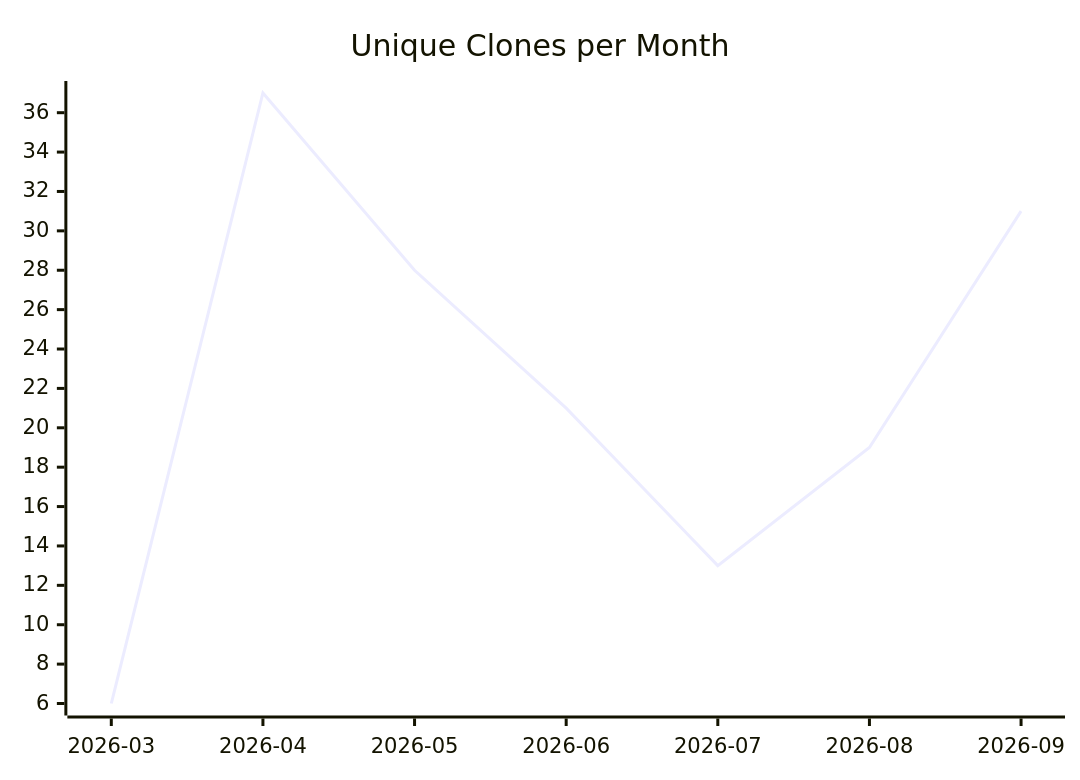
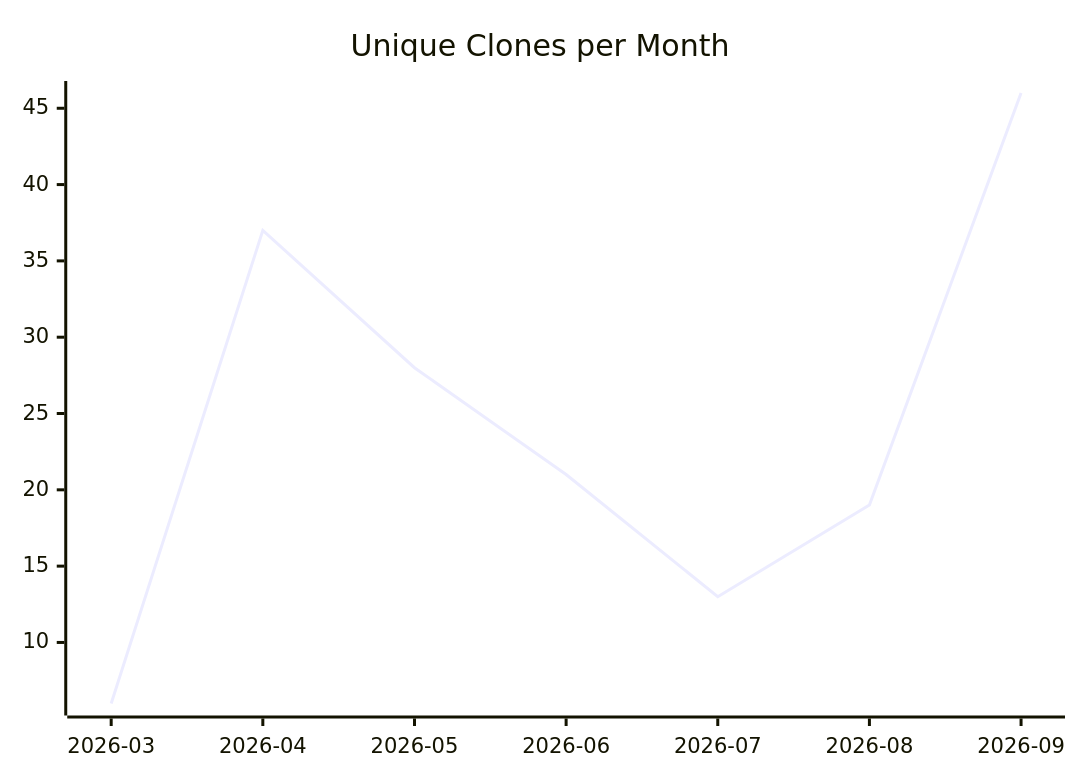
The third of 3 diagrams in karlmdavis/ansible-role-jenkins2/README.md (justdavis-family/github-analytics-data), drawn with Mermaid before and after one commit. The commit also changed other lines of this file and 196 other files, not shown here.

````diff
--- a/karlmdavis/ansible-role-jenkins2/README.md
+++ b/karlmdavis/ansible-role-jenkins2/README.md
@@ -19,6 +19,6 @@
 ```mermaid
 xychart-beta
   title "Unique Clones per Month"
   x-axis ["2026-03", "2026-04", "2026-05", "2026-06", "2026-07", "2026-08", "2026-09"]
-  line [6, 37, 28, 21, 13, 19, 31]
+  line [6, 37, 28, 21, 13, 19, 46]
 ```
````
